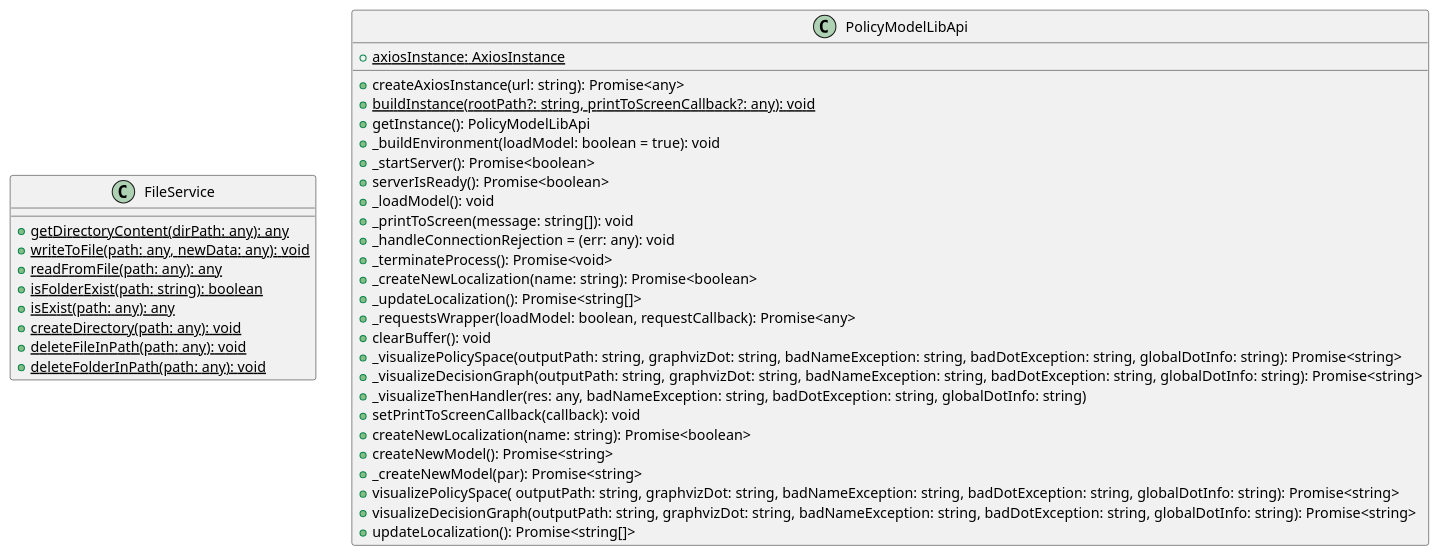
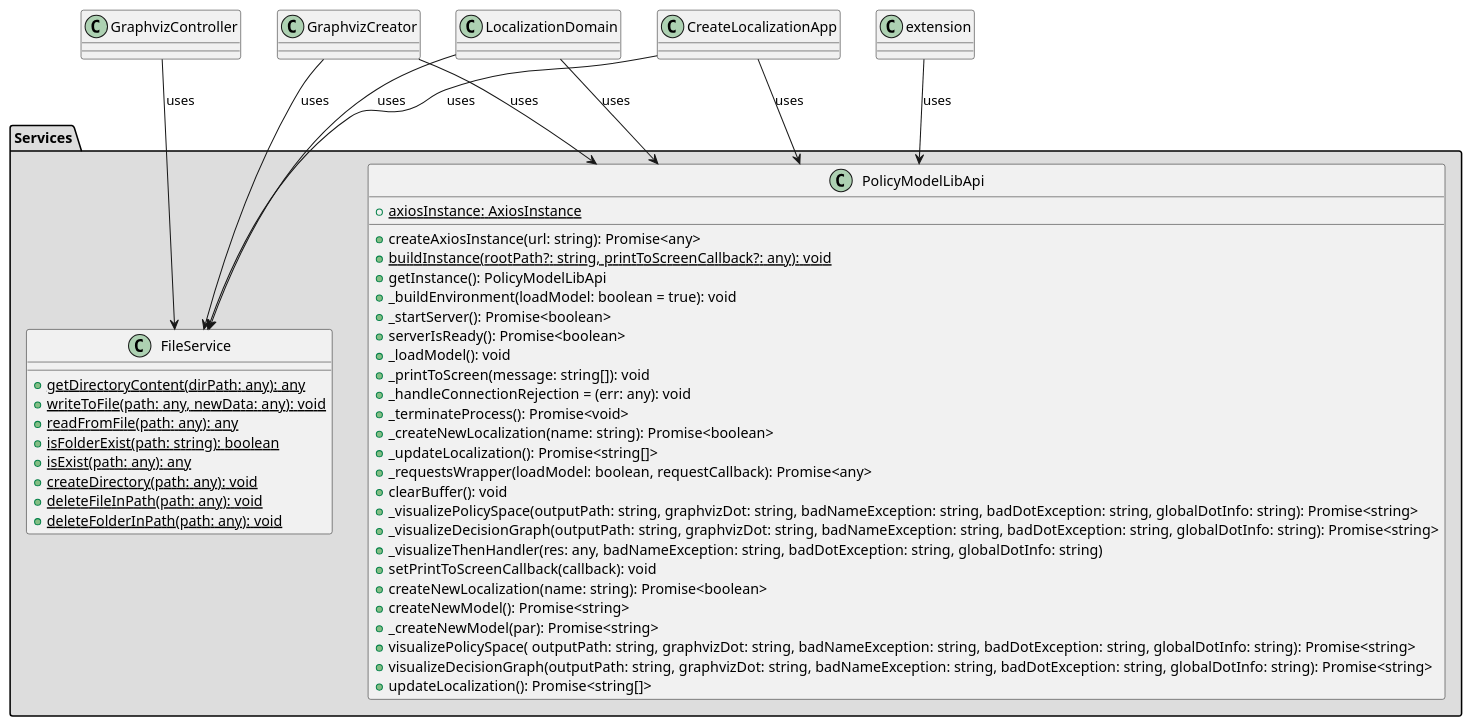
Before and after one commit to wolfj123/PolicyModelsPlugin: the diagram in diagrams/client/ServicesClassDiagram.puml, drawn with PlantUML.

```diff
--- a/diagrams/client/ServicesClassDiagram.puml
+++ b/diagrams/client/ServicesClassDiagram.puml
@@ -1,41 +1,61 @@
 @startuml
-class FileService {
-    +{static} getDirectoryContent(dirPath: any): any
-    +{static} writeToFile(path: any, newData: any): void
-    +{static} readFromFile(path: any): any
-    +{static} isFolderExist(path: string): boolean
-    +{static} isExist(path: any): any
-    +{static} createDirectory(path: any): void
-    +{static} deleteFileInPath(path: any): void
-    +{static} deleteFolderInPath(path: any): void
+package Services  #DDDDDD {
+
+    class FileService {
+        +{static} getDirectoryContent(dirPath: any): any
+        +{static} writeToFile(path: any, newData: any): void
+        +{static} readFromFile(path: any): any
+        +{static} isFolderExist(path: string): boolean
+        +{static} isExist(path: any): any
+        +{static} createDirectory(path: any): void
+        +{static} deleteFileInPath(path: any): void
+        +{static} deleteFolderInPath(path: any): void
+    }
+
+    class PolicyModelLibApi {
+        + {static} axiosInstance: AxiosInstance
+
+        + createAxiosInstance(url: string): Promise<any>
+        + {static} buildInstance(rootPath?: string, printToScreenCallback?: any): void
+        +  getInstance(): PolicyModelLibApi
+        +  _buildEnvironment(loadModel: boolean = true): void
+        + _startServer(): Promise<boolean> 
+        +  serverIsReady(): Promise<boolean>
+        + _loadModel(): void
+        + _printToScreen(message: string[]): void
+        +  _handleConnectionRejection = (err: any): void 
+        +  _terminateProcess(): Promise<void>
+        +  _createNewLocalization(name: string): Promise<boolean>
+        +  _updateLocalization(): Promise<string[]>
+        +  _requestsWrapper(loadModel: boolean, requestCallback): Promise<any>
+        +  clearBuffer(): void
+        + _visualizePolicySpace(outputPath: string, graphvizDot: string, badNameException: string, badDotException: string, globalDotInfo: string): Promise<string>
+        + _visualizeDecisionGraph(outputPath: string, graphvizDot: string, badNameException: string, badDotException: string, globalDotInfo: string): Promise<string>
+        + _visualizeThenHandler(res: any, badNameException: string, badDotException: string, globalDotInfo: string)
+        + setPrintToScreenCallback(callback): void
+        + createNewLocalization(name: string): Promise<boolean>
+        + createNewModel(): Promise<string>
+        + _createNewModel(par): Promise<string>
+        + visualizePolicySpace( outputPath: string, graphvizDot: string, badNameException: string, badDotException: string, globalDotInfo: string): Promise<string>
+        + visualizeDecisionGraph(outputPath: string, graphvizDot: string, badNameException: string, badDotException: string, globalDotInfo: string): Promise<string>
+        + updateLocalization(): Promise<string[]>
+    }
 }
 
-class PolicyModelLibApi {
-    + {static} axiosInstance: AxiosInstance
 
-    + createAxiosInstance(url: string): Promise<any>
-    + {static} buildInstance(rootPath?: string, printToScreenCallback?: any): void
-    +  getInstance(): PolicyModelLibApi
-    +  _buildEnvironment(loadModel: boolean = true): void
-    + _startServer(): Promise<boolean> 
-    +  serverIsReady(): Promise<boolean>
-    + _loadModel(): void
-    + _printToScreen(message: string[]): void
-    +  _handleConnectionRejection = (err: any): void 
-    +  _terminateProcess(): Promise<void>
-    +  _createNewLocalization(name: string): Promise<boolean>
-    +  _updateLocalization(): Promise<string[]>
-    +  _requestsWrapper(loadModel: boolean, requestCallback): Promise<any>
-    +  clearBuffer(): void
-    + _visualizePolicySpace(outputPath: string, graphvizDot: string, badNameException: string, badDotException: string, globalDotInfo: string): Promise<string>
-    + _visualizeDecisionGraph(outputPath: string, graphvizDot: string, badNameException: string, badDotException: string, globalDotInfo: string): Promise<string>
-    + _visualizeThenHandler(res: any, badNameException: string, badDotException: string, globalDotInfo: string)
-    + setPrintToScreenCallback(callback): void
-    + createNewLocalization(name: string): Promise<boolean>
-    + createNewModel(): Promise<string>
-    + _createNewModel(par): Promise<string>
-    + visualizePolicySpace( outputPath: string, graphvizDot: string, badNameException: string, badDotException: string, globalDotInfo: string): Promise<string>
-    + visualizeDecisionGraph(outputPath: string, graphvizDot: string, badNameException: string, badDotException: string, globalDotInfo: string): Promise<string>
-    + updateLocalization(): Promise<string[]>
-}
+class GraphvizController{}
+class GraphvizCreator{}
+class LocalizationDomain{}
+class extension {}
+class CreateLocalizationApp {}
+
+GraphvizController --> FileService: uses
+CreateLocalizationApp --> FileService: uses
+GraphvizCreator --> FileService : uses
+LocalizationDomain --> FileService : uses
+LocalizationDomain --> PolicyModelLibApi: uses
+extension --> PolicyModelLibApi: uses
+CreateLocalizationApp --> PolicyModelLibApi: uses
+GraphvizCreator --> PolicyModelLibApi: uses
+
 @enduml
```
